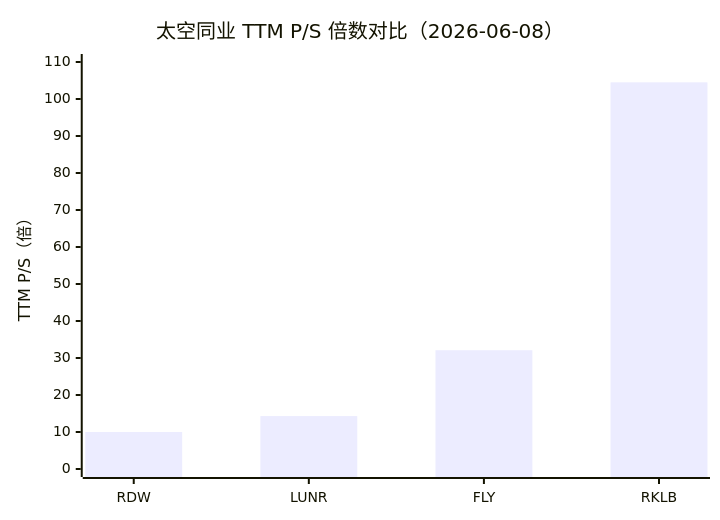
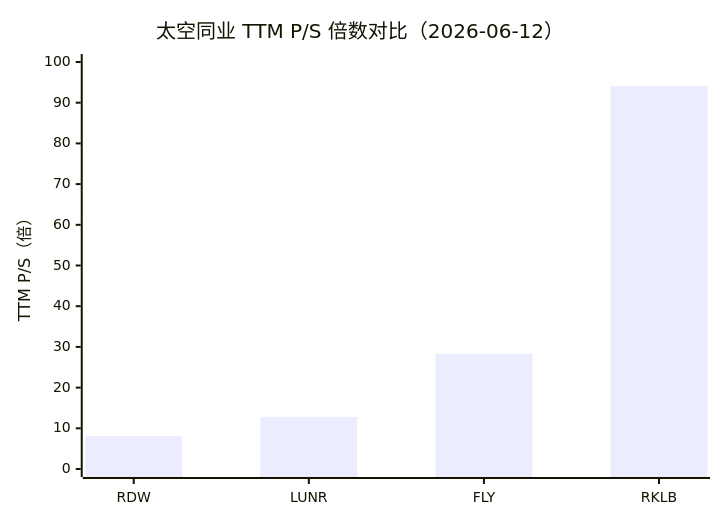
The second of 8 diagrams in reports/company/IntuitiveMachines_NASDAQ_LUNR/IntuitiveMachines_NASDAQ_LUNR_公司研究.md (dadachundan/financial_agent), drawn with Mermaid before and after one commit. The commit also changed other lines of this file, not shown here.

First line of the commit message:
feat(reports/company): refresh Intuitive Machines (LUNR) — GF Score 1B, financial-statement Sankeys, money-flow map, price update

````diff
--- a/reports/company/IntuitiveMachines_NASDAQ_LUNR/IntuitiveMachines_NASDAQ_LUNR_公司研究.md
+++ b/reports/company/IntuitiveMachines_NASDAQ_LUNR/IntuitiveMachines_NASDAQ_LUNR_公司研究.md
@@ -90,7 +327,7 @@
 ```mermaid
 xychart-beta
-    title "太空同业 TTM P/S 倍数对比（2026-06-08）"
+    title "太空同业 TTM P/S 倍数对比（2026-06-12）"
     x-axis ["RDW", "LUNR", "FLY", "RKLB"]
-    y-axis "TTM P/S（倍）" 0 --> 110
-    bar [10.0, 14.3, 32.1, 104.5]
+    y-axis "TTM P/S（倍）" 0 --> 100
+    bar [8.1, 12.8, 28.3, 94.1]
 ```
````
